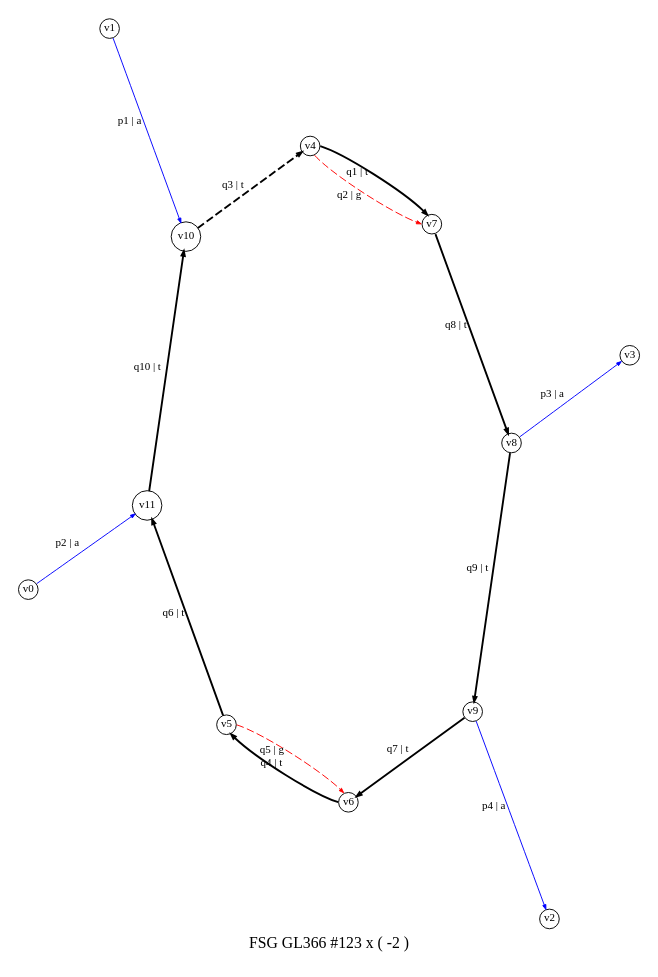
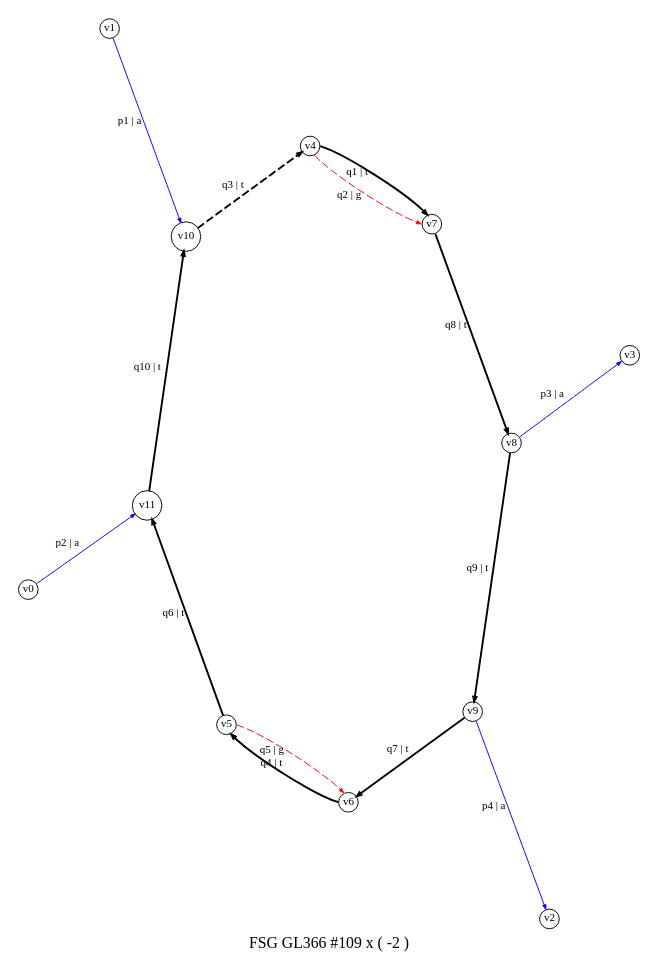
The diagram in aa_ttx/SupplementaryMaterial/drawings/GL366.dot (alphal00p/alphaLoopMisc), drawn with Graphviz before and after one commit. The commit also changed 139 other files, not shown here.

```diff
--- a/aa_ttx/SupplementaryMaterial/drawings/GL366.dot
+++ b/aa_ttx/SupplementaryMaterial/drawings/GL366.dot
@@ -1,25 +1,25 @@
 digraph dot_123_0_GL366 {
-label="FSG GL366 #123 x ( -2 )";
+label="FSG GL366 #109 x ( -2 )";
 noverlap="scale"; layout="neato";
 graph [ 
 overall_factor="NumeratorDependentGrouping(366,1,AntiFermionSpinSumSign(1)*AutG(1)^-1*ExternalFermionOrderingSign(1)*InternalFermionLoopSign(-1))+NumeratorDependentGrouping(367,1,AntiFermionSpinSumSign(1)*AutG(1)^-1*ExternalFermionOrderingSign(1)*InternalFermionLoopSign(-1))",
 overall_factor_evaluated="-2",
 fontsize=10,ratio=1.5
  ];
 node [ fontsize=7,shape=circle,margin=0,height=0.01,penwidth=0.6 ];
 edge [ fontsize=7,arrowsize=0.3,penwidth=0.6 ];
 "v1" -> "v10" [label="p1 | a",color="blue",penwidth="0.6",style="solid"];
 "v0" -> "v11" [label="p2 | a",color="blue",penwidth="0.6",style="solid"];
 "v8" -> "v3" [label="p3 | a",color="blue",penwidth="0.6",style="solid"];
 "v9" -> "v2" [label="p4 | a",color="blue",penwidth="0.6",style="solid"];
 "v4" -> "v7" [label="q1 | t",color="black",penwidth="1.2",style="solid"];
 "v4" -> "v7" [label="q2 | g",color="red",penwidth="0.6",style="dashed"];
 "v10" -> "v4" [label="q3 | t",color="black",penwidth="1.2",style="dashed"];
 "v6" -> "v5" [label="q4 | t",color="black",penwidth="1.2",style="solid"];
 "v5" -> "v6" [label="q5 | g",color="red",penwidth="0.6",style="dashed"];
 "v5" -> "v11" [label="q6 | t",color="black",penwidth="1.2",style="solid"];
 "v9" -> "v6" [label="q7 | t",color="black",penwidth="1.2",style="solid"];
 "v7" -> "v8" [label="q8 | t",color="black",penwidth="1.2",style="solid"];
 "v8" -> "v9" [label="q9 | t",color="black",penwidth="1.2",style="solid"];
 "v11" -> "v10" [label="q10 | t",color="black",penwidth="1.2",style="solid"];
 }
```
